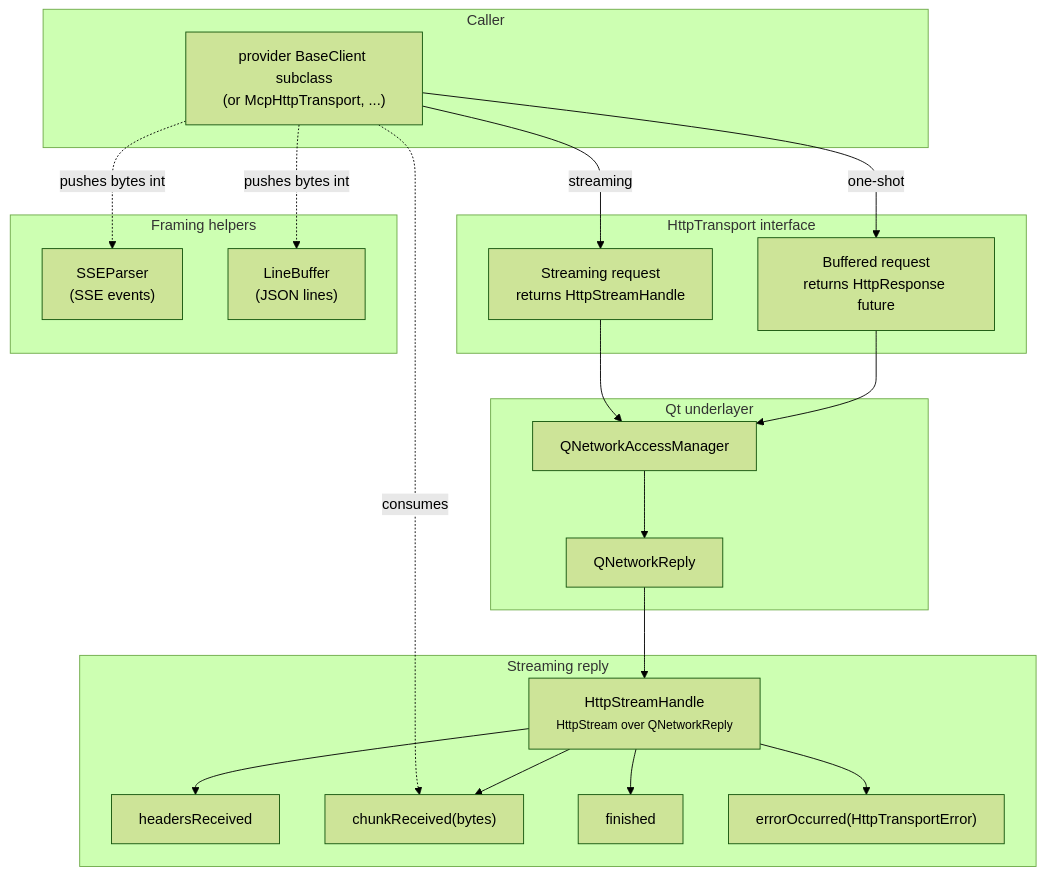
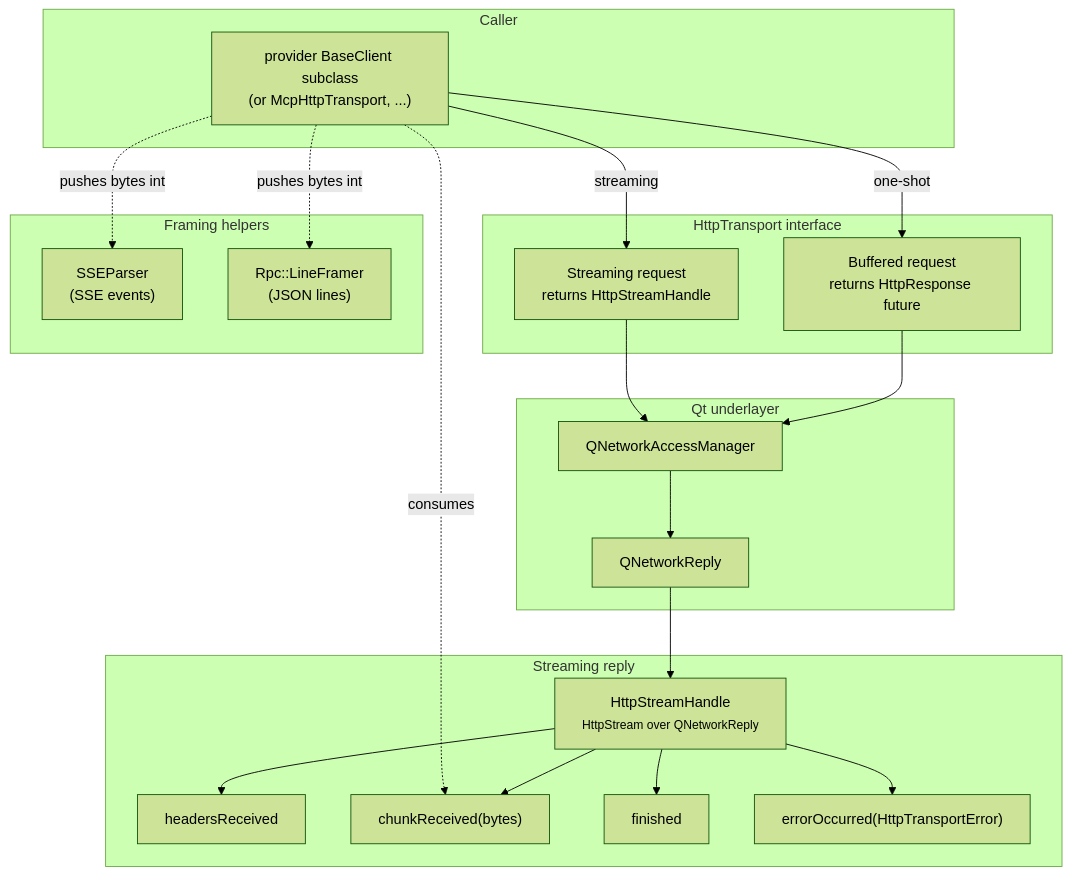
The diagram in docs/architecture/networking.md (Palm1r/llmcore), drawn with Mermaid (forest theme) before and after one commit. The commit also changed other lines of this file and 95 other files, not shown here.

First line of the commit message:
refactor: architecture review (#27)

````diff
--- a/docs/architecture/networking.md
+++ b/docs/architecture/networking.md
@@ -13,43 +13,43 @@
 ```mermaid
 flowchart TD
     subgraph User["Caller"]
         C1["provider BaseClient subclass<br/>(or McpHttpTransport, ...)"]
     end
 
     subgraph Api["HttpTransport interface"]
         H1["Buffered request<br/>returns HttpResponse future"]
         H2["Streaming request<br/>returns HttpStreamHandle"]
     end
 
     subgraph Stream["Streaming reply"]
         S1["HttpStreamHandle<br/><small>HttpStream over QNetworkReply</small>"]
         S2["headersReceived"]
         S3["chunkReceived(bytes)"]
         S4["finished"]
         S5["errorOccurred(HttpTransportError)"]
         S1 --> S2
         S1 --> S3
         S1 --> S4
         S1 --> S5
     end
 
     subgraph Framers["Framing helpers"]
         F1["SSEParser<br/>(SSE events)"]
-        F2["LineBuffer<br/>(JSON lines)"]
+        F2["Rpc::LineFramer<br/>(JSON lines)"]
     end
 
     subgraph Qt["Qt underlayer"]
         Q1["QNetworkAccessManager"]
         Q2["QNetworkReply"]
     end
 
     C1 -->|one-shot| H1
     C1 -->|streaming| H2
     H1 --> Q1
     H2 --> Q1
     Q1 --> Q2
     Q2 --> S1
     C1 -.consumes.-> S3
     C1 -.pushes bytes into.-> F1
     C1 -.pushes bytes into.-> F2
 ```
````
